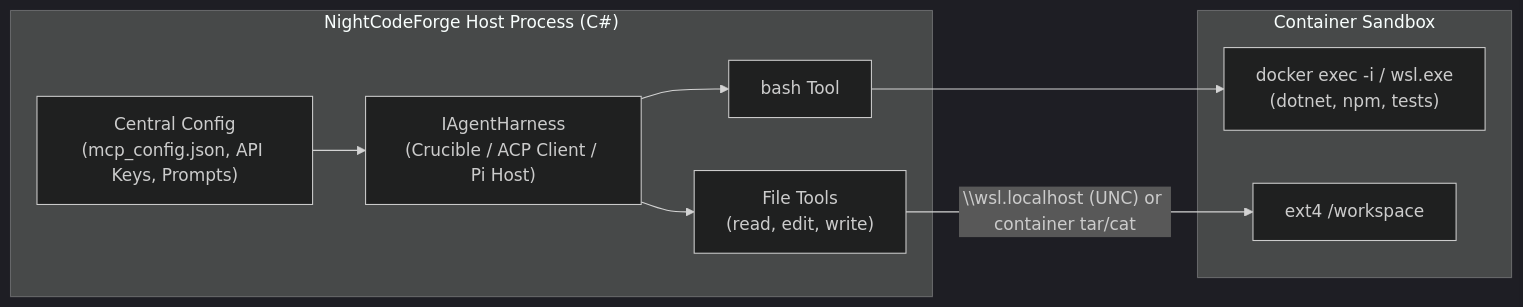
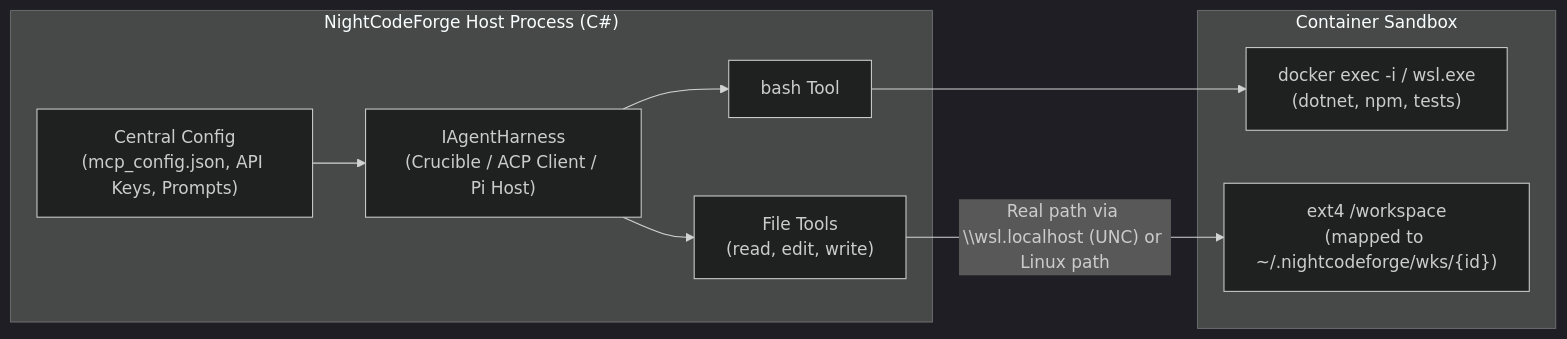
Before and after one commit to jetelain/NightCodeForge: diagram 18 of 19 in docs/ARCHITECTURE.md, drawn with Mermaid (dark theme). The commit also changed other lines of this file and 6 other files, not shown here.

````diff
--- a/docs/ARCHITECTURE.md
+++ b/docs/ARCHITECTURE.md
@@ -1272,20 +1372,20 @@
 ```mermaid
 flowchart LR
     subgraph Host ["NightCodeForge Host Process (C#)"]
         CentralConfig["Central Config\n(mcp_config.json, API Keys, Prompts)"]
         Harness["IAgentHarness\n(Crucible / ACP Client / Pi Host)"]
         FileTools["File Tools\n(read, edit, write)"]
         CmdTool["bash Tool"]
     end
 
     subgraph Sandbox ["Container Sandbox"]
         Exec["docker exec -i / wsl.exe\n(dotnet, npm, tests)"]
-        Ext4FS["ext4 /workspace"]
+        Ext4FS["ext4 /workspace\n(mapped to ~/.nightcodeforge/wks/{id})"]
     end
 
     Harness --> CmdTool
     Harness --> FileTools
     CmdTool --> Exec
-    FileTools -->|"\\wsl.localhost (UNC) or container tar/cat"| Ext4FS
+    FileTools -->|"Real path via \\wsl.localhost (UNC) or Linux path"| Ext4FS
     CentralConfig --> Harness
 ```
````
